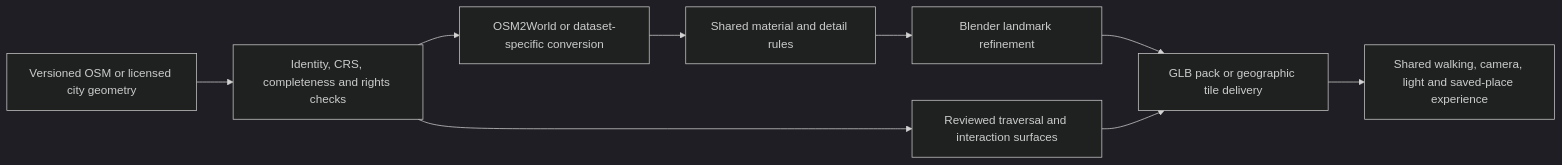
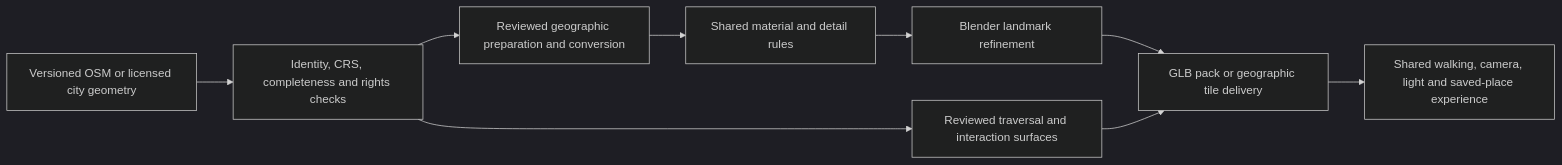
One commit to PaperStrange/TourGuideAI changed the diagram in experience/docs/global-site-workflow-research.md. Above: the diagram before and after it, drawn with Mermaid (dark theme). The commit also changed other lines of this file and 150 other files, not shown here.

````diff
--- a/experience/docs/global-site-workflow-research.md
+++ b/experience/docs/global-site-workflow-research.md
@@ -11,11 +11,11 @@
 ```mermaid
 flowchart LR
   A[Versioned OSM or licensed city geometry] --> B[Identity, CRS, completeness and rights checks]
-  B --> C[OSM2World or dataset-specific conversion]
+  B --> C[Reviewed geographic preparation and conversion]
   C --> D[Shared material and detail rules]
   D --> E[Blender landmark refinement]
   E --> F[GLB pack or geographic tile delivery]
   B --> G[Reviewed traversal and interaction surfaces]
   G --> F
   F --> H[Shared walking, camera, light and saved-place experience]
 ```
````
